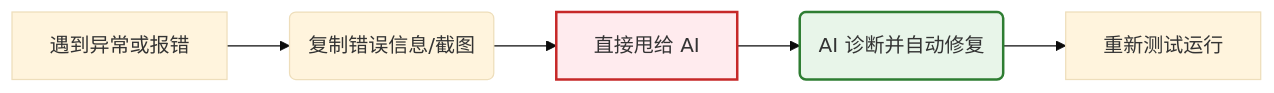
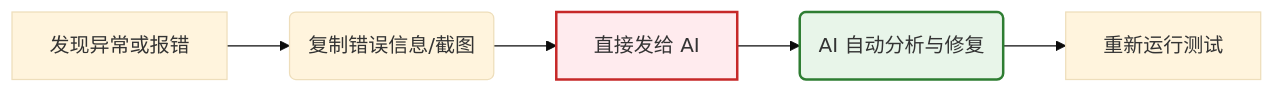
One commit to ruanqizhen/cocode changed the second of 2 diagrams in docs/nocode_iteration.md. Above: the diagram before and after it, drawn with Mermaid (base theme). The commit also changed other lines of this file, not shown here.

````diff
--- a/docs/nocode_iteration.md
+++ b/docs/nocode_iteration.md
@@ -75,10 +231,10 @@
 ```mermaid
 graph LR
-    A[遇到异常或报错] --> B(复制错误信息/截图)
-    B --> C[直接甩给 AI]
-    C --> D(AI 诊断并自动修复)
-    D --> E[重新测试运行]
-    
+    A[发现异常或报错] --> B(复制错误信息/截图)
+    B --> C[直接发给 AI]
+    C --> D(AI 自动分析与修复)
+    D --> E[重新运行测试]
+
     style C fill:#ffebee,stroke:#c62828,stroke-width:2px
     style D fill:#e8f5e9,stroke:#2e7d32,stroke-width:2px
 ```
````
